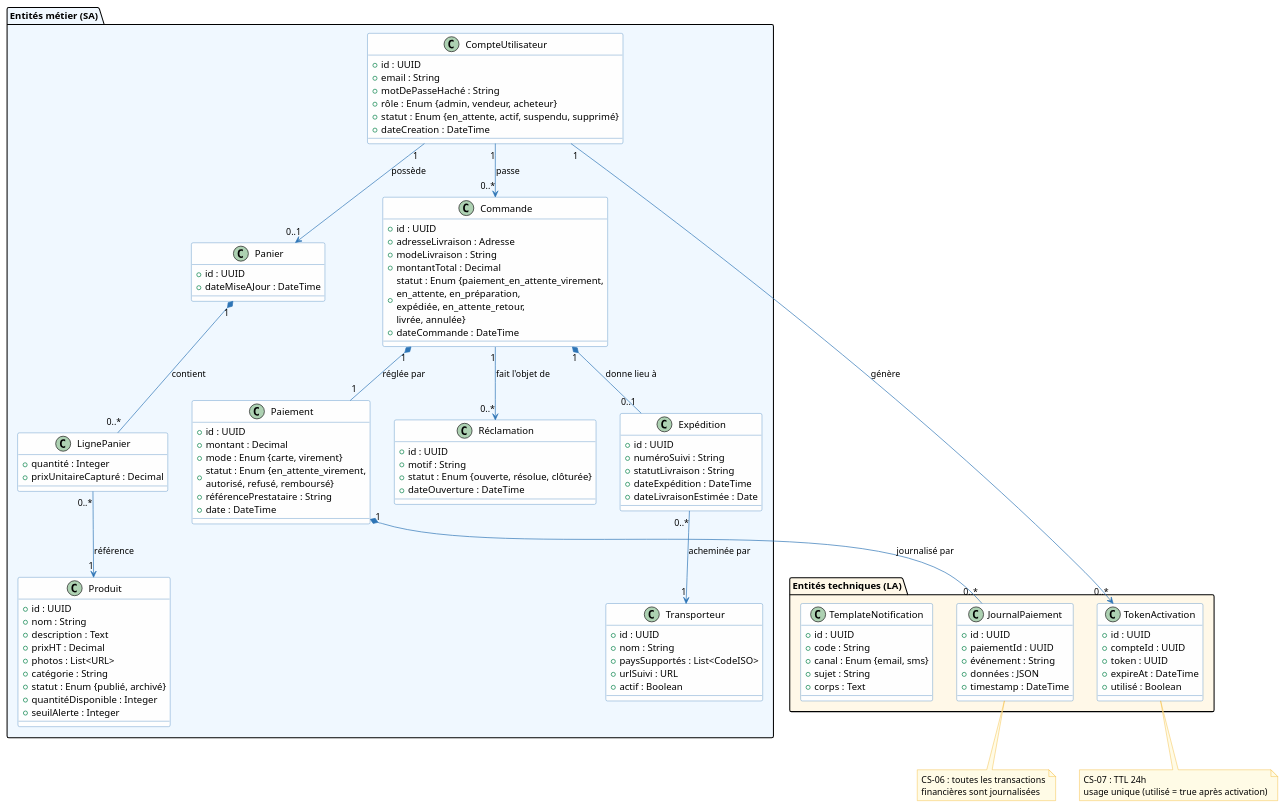
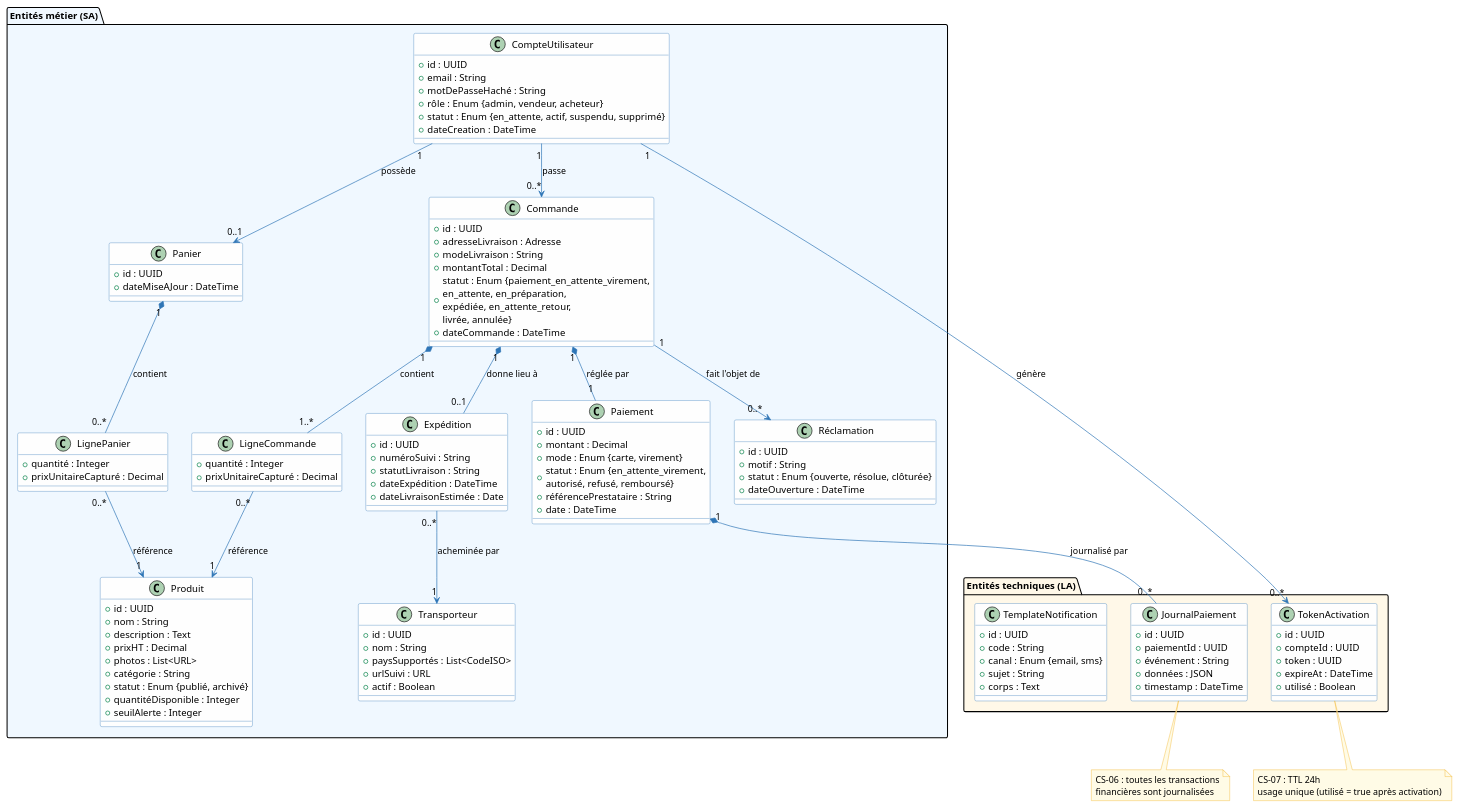
Before and after one commit to louistalvande/online_shop: the seventh of 7 diagrams in architecture/03-logical-architecture/la.adoc, drawn with PlantUML.

Commit message:
add order details

```diff
--- a/architecture/03-logical-architecture/la.adoc
+++ b/architecture/03-logical-architecture/la.adoc
@@ -609,6 +609,11 @@
     + montantTotal : Decimal
     + statut : Enum {paiement_en_attente_virement,\nen_attente, en_préparation,\nexpédiée, en_attente_retour,\nlivrée, annulée}
     + dateCommande : DateTime
+  }
+
+  class LigneCommande {
+    + quantité : Integer
+    + prixUnitaireCapturé : Decimal
   }
 
   class Paiement {
@@ -676,6 +681,8 @@
 CompteUtilisateur "1" --> "0..*" Commande : passe
 Panier "1" *-- "0..*" LignePanier : contient
 LignePanier "0..*" --> "1" Produit : référence
+Commande "1" *-- "1..*" LigneCommande : contient
+LigneCommande "0..*" --> "1" Produit : référence
 Commande "1" *-- "1" Paiement : réglée par
 Commande "1" *-- "0..1" Expédition : donne lieu à
 Commande "1" --> "0..*" Réclamation : fait l'objet de
```
